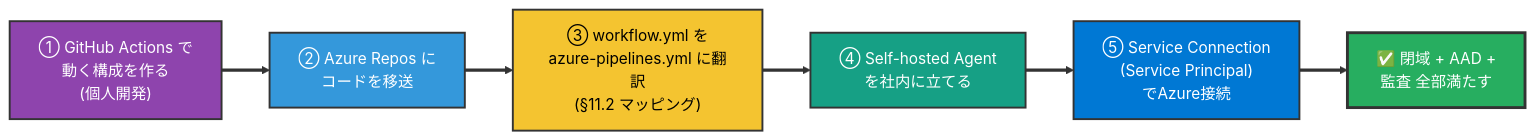
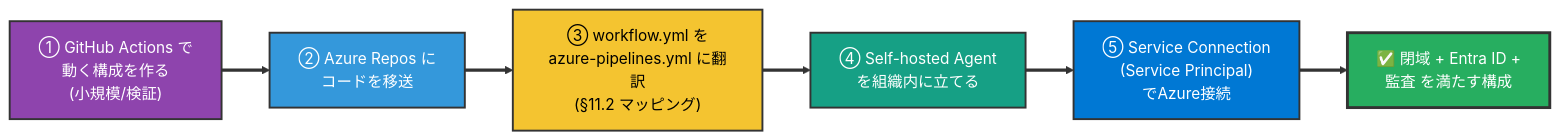
One commit to kasuyaofcb/tech_docs changed diagram 24 of 35 in azure/azure.md. Above: the diagram before and after it, drawn with Mermaid. The commit also changed other lines of this file and 1 other file, not shown here.

First line of the commit message:
docs(azure): 主観表現・スラングを除き、中立的な記述に統一

````diff
--- a/azure/azure.md
+++ b/azure/azure.md
@@ -689,15 +689,15 @@
 ```mermaid
 flowchart LR
-    Step1["① GitHub Actions で<br/>動く構成を作る<br/>(個人開発)"] ==> Step2["② Azure Repos に<br/>コードを移送"]
+    Step1["① GitHub Actions で<br/>動く構成を作る<br/>(小規模/検証)"] ==> Step2["② Azure Repos に<br/>コードを移送"]
     Step2 ==> Step3["③ workflow.yml を<br/>azure-pipelines.yml に翻訳<br/>(§11.2 マッピング)"]
-    Step3 ==> Step4["④ Self-hosted Agent<br/>を社内に立てる"]
+    Step3 ==> Step4["④ Self-hosted Agent<br/>を組織内に立てる"]
     Step4 ==> Step5["⑤ Service Connection<br/>(Service Principal)<br/>でAzure接続"]
-    Step5 ==> Step6["✅ 閉域 + AAD +<br/>監査 全部満たす"]
+    Step5 ==> Step6["✅ 閉域 + Entra ID +<br/>監査 を満たす構成"]
 
     style Step1 fill:#8E44AD,color:#FFFFFF,stroke:#333,stroke-width:2px
     style Step2 fill:#3498DB,color:#FFFFFF,stroke:#333,stroke-width:2px
     style Step3 fill:#F4C430,color:#000,stroke:#333,stroke-width:2px
     style Step4 fill:#16A085,color:#FFFFFF,stroke:#333,stroke-width:2px
     style Step5 fill:#0078D4,color:#FFFFFF,stroke:#333,stroke-width:2px
     style Step6 fill:#27AE60,color:#FFFFFF,stroke:#333,stroke-width:3px
 ```
````
